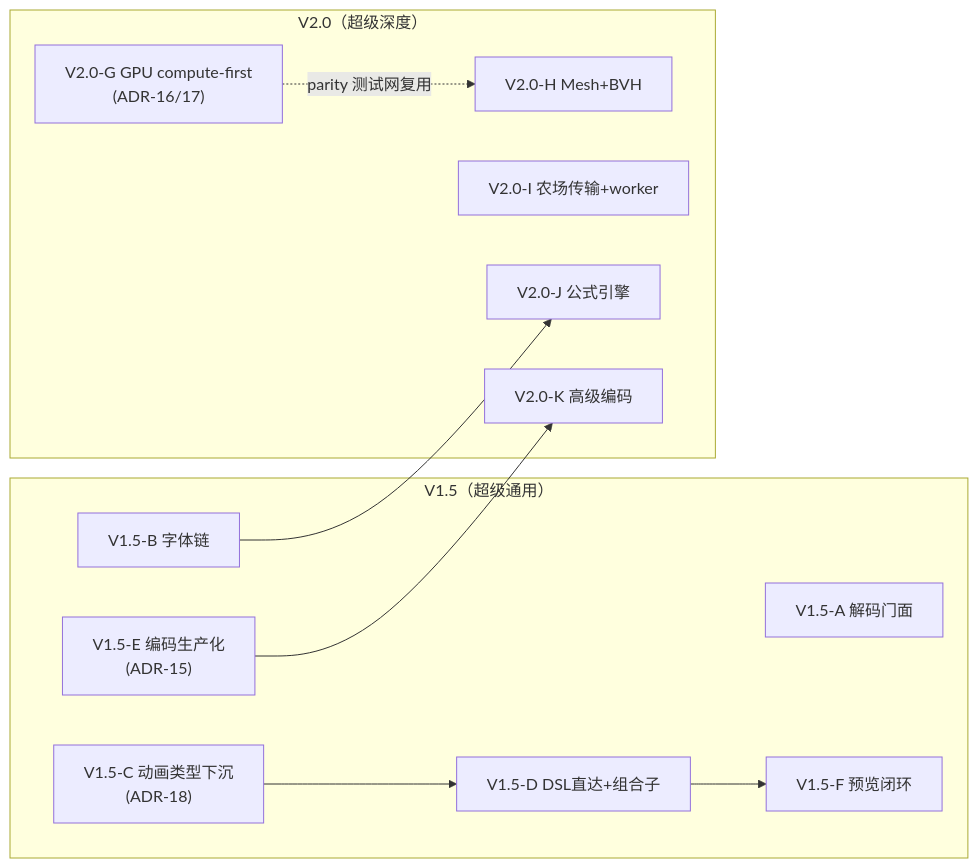
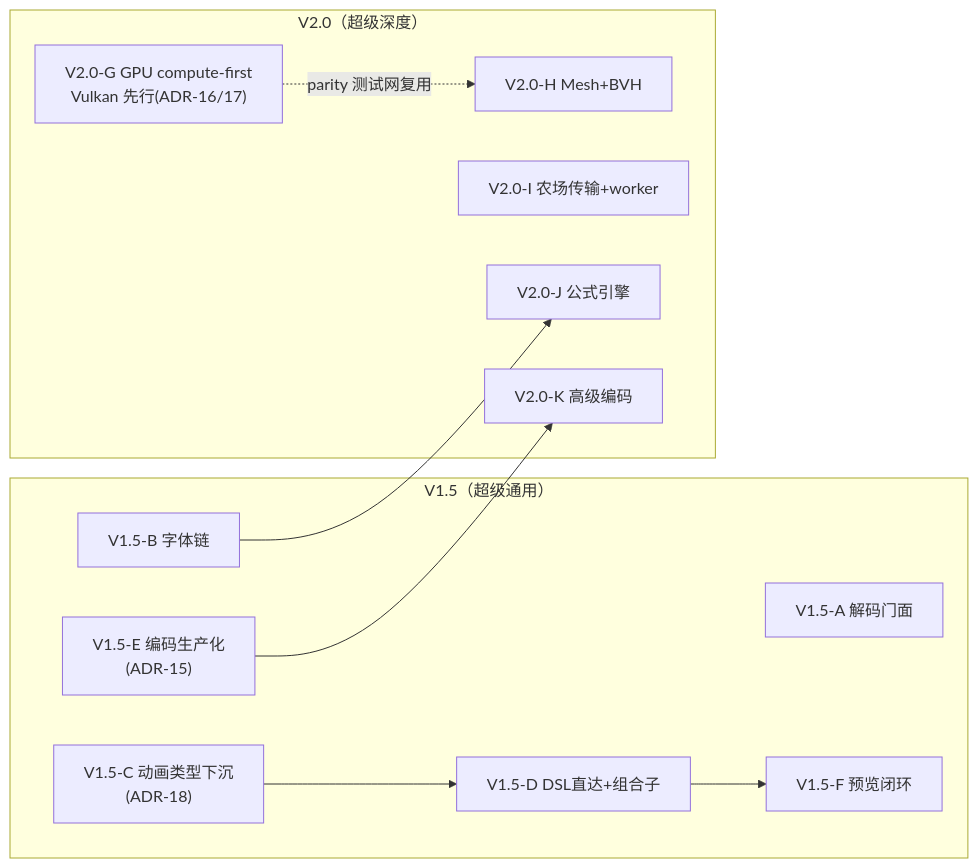
Before and after one commit to Qianjinqie/prism-engine: the first of 2 diagrams in docs/v1.5-v2.0-architecture-roadmap.md, drawn with Mermaid. The commit also changed other lines of this file and 1 other file, not shown here.

First line of the commit message:
docs: 路线图增量修订——作者拍板 mesh 归 V2.0-M2、GPU 改 Vulkan 先行、不捆绑 ffmpeg

````diff
--- a/docs/v1.5-v2.0-architecture-roadmap.md
+++ b/docs/v1.5-v2.0-architecture-roadmap.md
@@ -244,23 +245,23 @@
 ```mermaid
 graph LR
     subgraph V1.5["V1.5（超级通用）"]
         A["V1.5-A 解码门面"]
         B["V1.5-B 字体链"]
         C["V1.5-C 动画类型下沉<br/>(ADR-18)"]
         D["V1.5-D DSL直达+组合子"]
         E["V1.5-E 编码生产化<br/>(ADR-15)"]
         F["V1.5-F 预览闭环"]
     end
     subgraph V2.0["V2.0（超级深度）"]
-        G["V2.0-G GPU compute-first<br/>(ADR-16/17)"]
+        G["V2.0-G GPU compute-first<br/>Vulkan 先行(ADR-16/17)"]
         H["V2.0-H Mesh+BVH"]
         I["V2.0-I 农场传输+worker"]
         J["V2.0-J 公式引擎"]
         K["V2.0-K 高级编码"]
     end
     C --> D
     D --> F
     B --> J
     E --> K
     G -.parity 测试网复用.-> H
 ```
````
